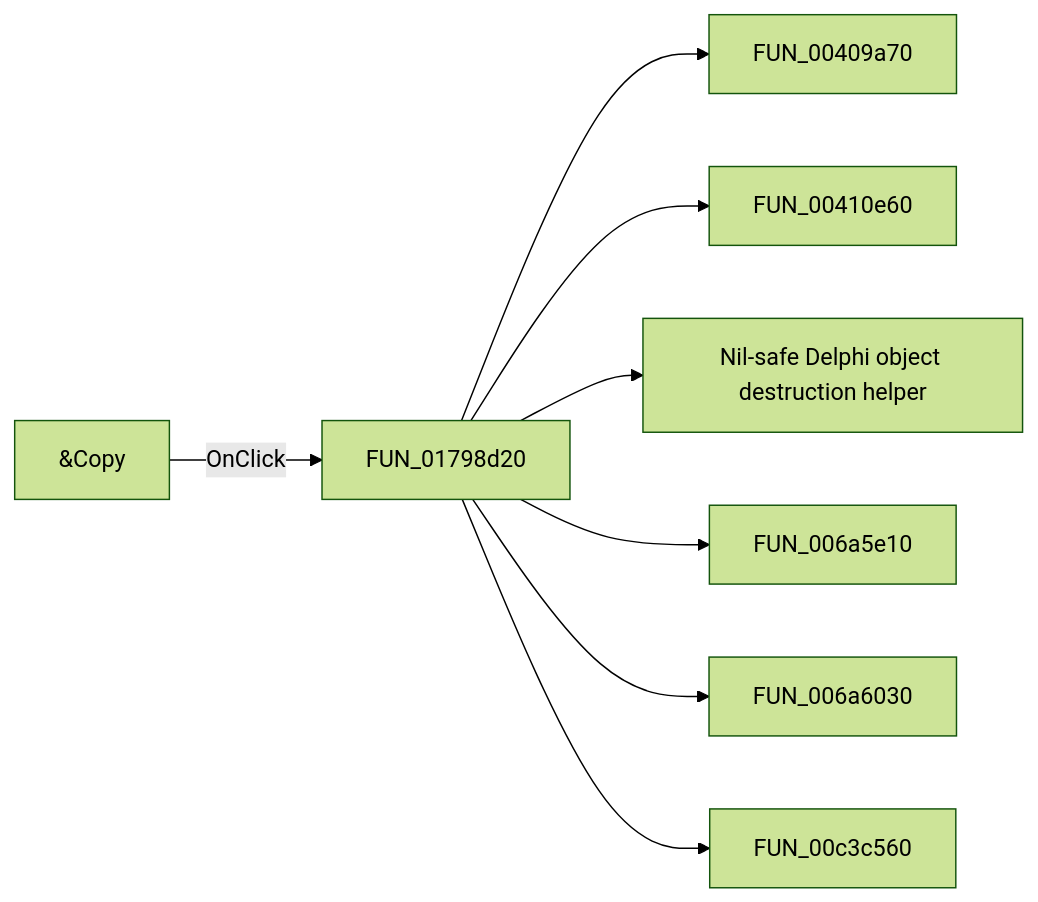
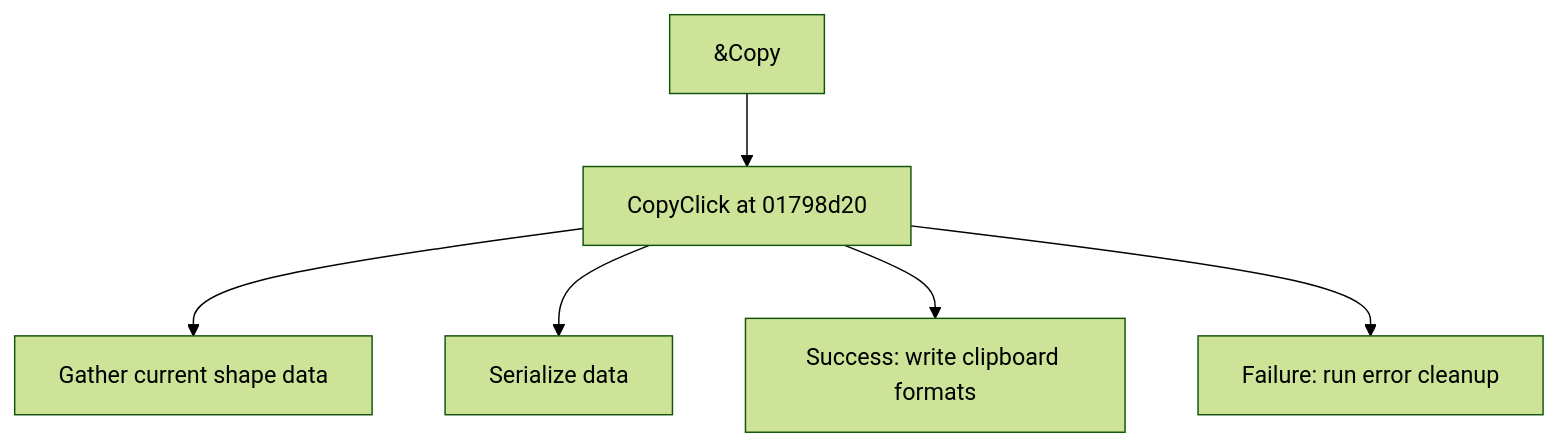
Before and after one commit to MovGP0/TIARA: the diagram in docs/ui-controls/shapeedit/copy-9e5367f4fe.md, drawn with Mermaid (forest theme). The commit also changed other lines of this file and 1062 other files, not shown here.

````diff
--- a/docs/ui-controls/shapeedit/copy-9e5367f4fe.md
+++ b/docs/ui-controls/shapeedit/copy-9e5367f4fe.md
@@ -27,10 +27,8 @@
 ```mermaid
-flowchart LR
-    control["&Copy"] -->|OnClick| handler["FUN_01798d20"]
-    handler --> call1["FUN_00409a70"]
-    handler --> call2["FUN_00410e60"]
-    handler --> call3["Nil-safe Delphi object destruction helper"]
-    handler --> call4["FUN_006a5e10"]
-    handler --> call5["FUN_006a6030"]
-    handler --> call6["FUN_00c3c560"]
+flowchart TD
+    control["&Copy"] --> handler["CopyClick at 01798d20"]
+    handler --> step1["Gather current shape data"]
+    handler --> step2["Serialize data"]
+    handler --> step3["Success: write clipboard formats"]
+    handler --> step4["Failure: run error cleanup"]
 ```
````
